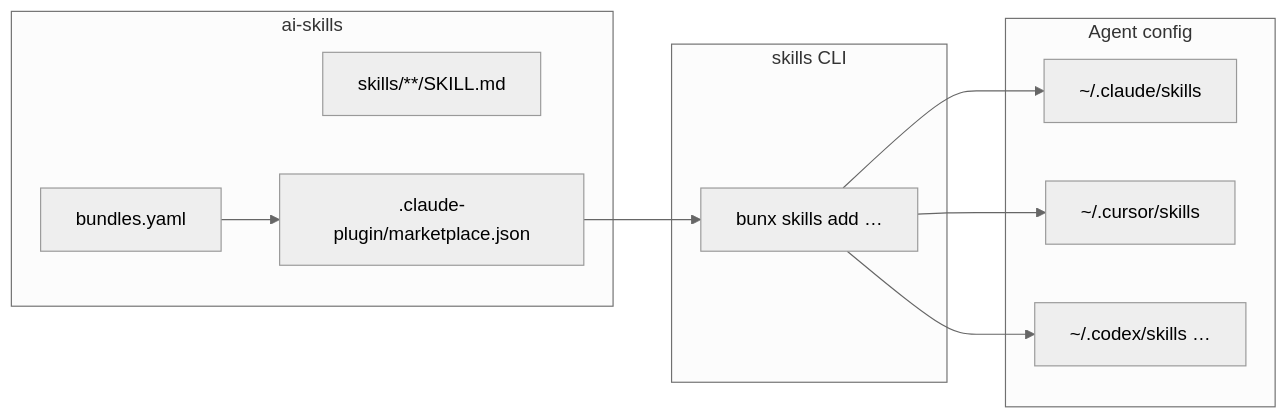
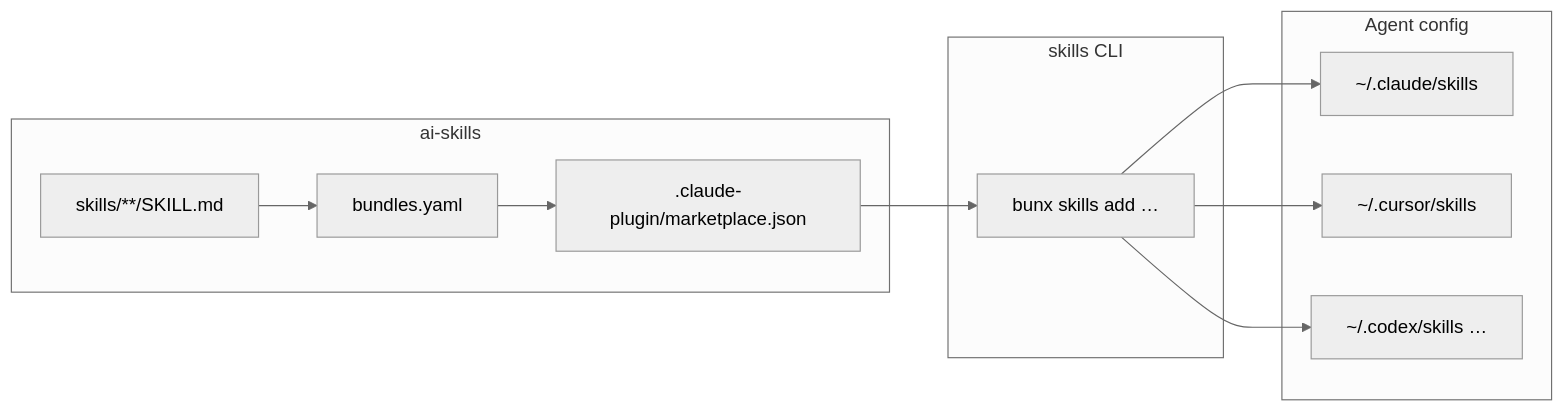
The diagram in CONTRIBUTING.md (lgtm-hq/ai-skills), drawn with Mermaid (neutral theme) before and after one commit.

Commit message:
docs: connect skills node in architecture diagram
Add SK --> BY edge so the CONTRIBUTING mermaid flow matches how
bundles.yaml groups skills validated against skills/**/SKILL.md.

````diff
--- a/CONTRIBUTING.md
+++ b/CONTRIBUTING.md
@@ -66,21 +66,22 @@
 ```mermaid
 flowchart LR
   subgraph repo [ai-skills]
     SK["skills/**/SKILL.md"]
     BY["bundles.yaml"]
     MP[".claude-plugin/marketplace.json"]
   end
   subgraph cli [skills CLI]
     add["bunx skills add …"]
   end
   subgraph dirs [Agent config]
     c["~/.claude/skills"]
     u["~/.cursor/skills"]
     x["~/.codex/skills …"]
   end
   BY --> MP
+  SK --> BY
   MP --> add
   add --> c
   add --> u
   add --> x
 ```
````
